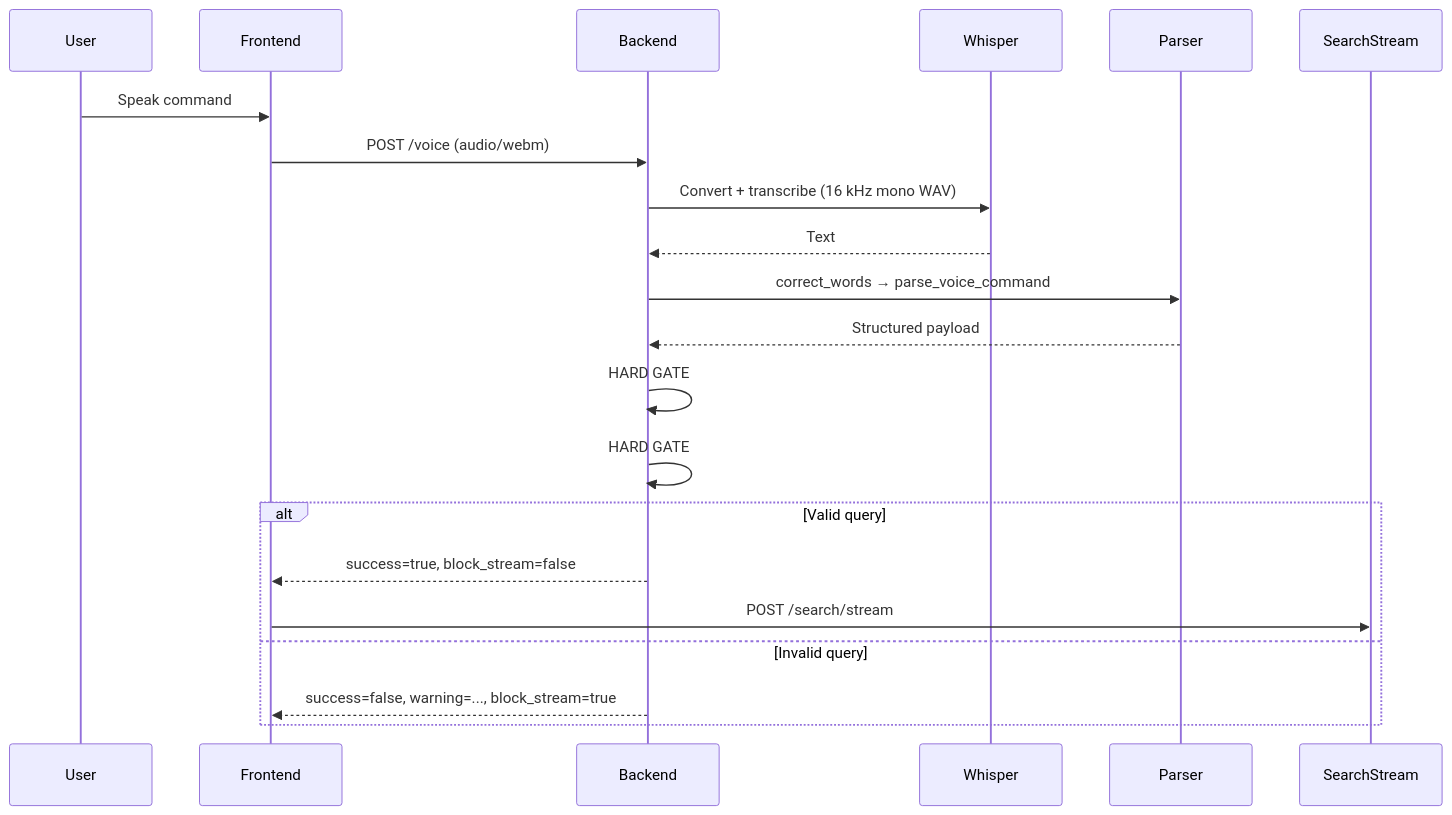
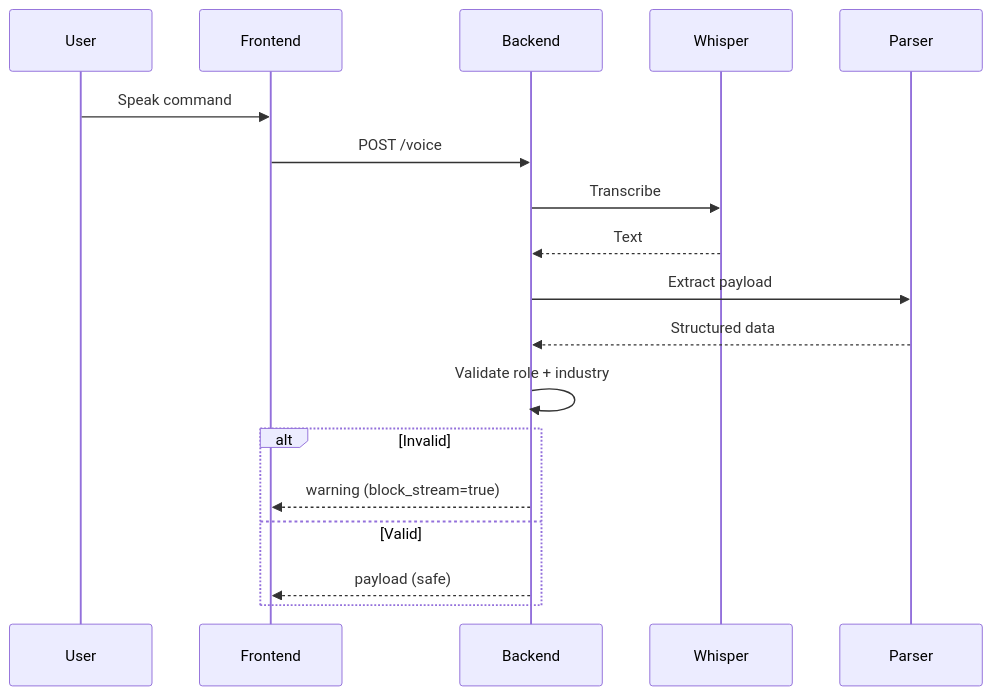
Before and after one commit to nngo23/Implementing-IoT-Pipeline: the second of 2 diagrams in Candidate_Search_System/docs/API_DOCUMENTATION.md, drawn with Mermaid. The commit also changed other lines of this file and 7 other files, not shown here.

````diff
--- a/Candidate_Search_System/docs/API_DOCUMENTATION.md
+++ b/Candidate_Search_System/docs/API_DOCUMENTATION.md
@@ -125,28 +128,25 @@
 ```mermaid
 sequenceDiagram
 participant User
 participant Frontend
 participant Backend
 participant Whisper
 participant Parser
-participant SearchStream
 
-    User->>Frontend: Speak command
-    Frontend->>Backend: POST /voice (audio/webm)
+User->>Frontend: Speak command
+Frontend->>Backend: POST /voice
 
-    Backend->>Whisper: Convert + transcribe (16 kHz mono WAV)
-    Whisper-->>Backend: Text
+Backend->>Whisper: Transcribe
+Whisper-->>Backend: Text
 
-    Backend->>Parser: correct_words → parse_voice_command
-    Parser-->>Backend: Structured payload
+Backend->>Parser: Extract payload
+Parser-->>Backend: Structured data
 
-    Backend->>Backend: HARD GATE #1 — role_detected required
-    Backend->>Backend: HARD GATE #2 — industry required
+Backend->>Backend: Validate role + industry
 
-    alt Valid query
-        Backend-->>Frontend: success=true, block_stream=false
-        Frontend->>SearchStream: POST /search/stream
-    else Invalid query
-        Backend-->>Frontend: success=false, warning=..., block_stream=true
-    end
+alt Invalid
+    Backend-->>Frontend: warning (block_stream=true)
+else Valid
+    Backend-->>Frontend: payload (safe)
+end
 ```
````
